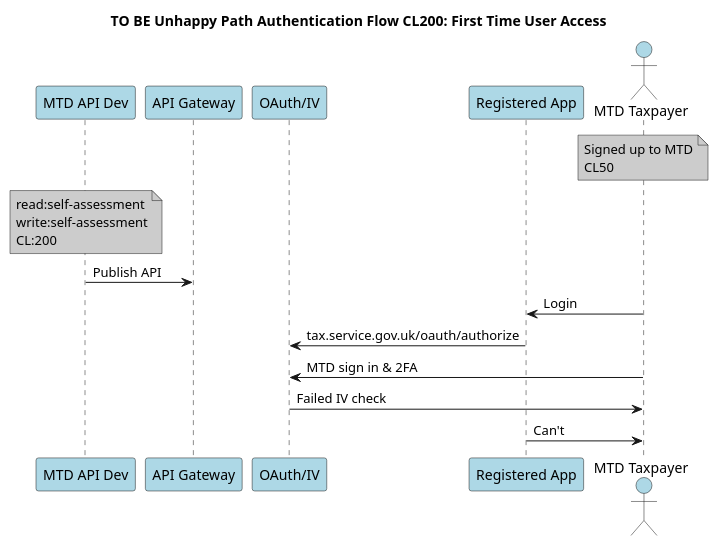
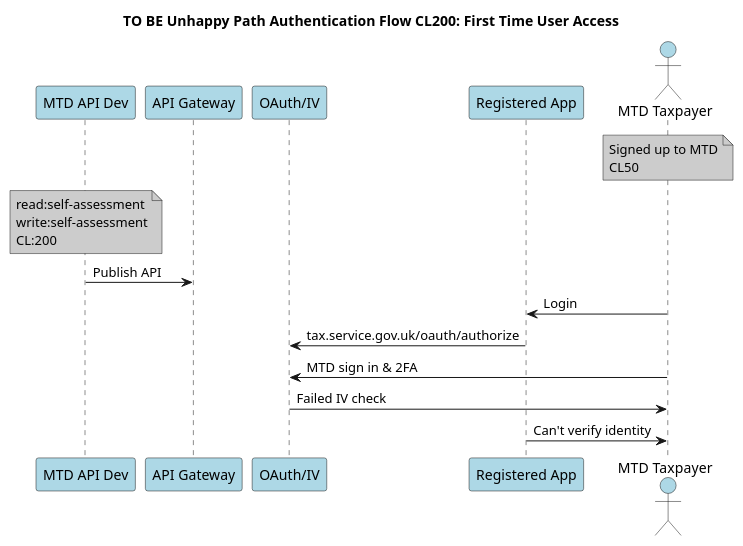
Before and after one commit to hmrc/api-architecture: the diagram in Confidence Level/CL-200-Unhappy Path.puml, drawn with PlantUML. The commit also changed 829 other files, not shown here.

```diff
--- a/Confidence Level/CL-200-Unhappy Path.puml
+++ b/Confidence Level/CL-200-Unhappy Path.puml
@@ -1,29 +1,29 @@
 @startuml
 
 title
 TO BE Unhappy Path Authentication Flow CL200: First Time User Access
 end title
 
 participant MTD as "MTD API Dev" #lightblue
 participant APIG as "API Gateway" #lightblue
 'participant IV as "Identity Verfication"
 participant OA as "OAuth/IV" #lightblue
 participant 3PV as "Registered App" #lightblue
 actor       TP  as "MTD Taxpayer" #lightblue
 note over TP #CCCCCC
 Signed up to MTD
 CL50
 end note
 note over MTD #CCCCCC
 read:self-assessment
 write:self-assessment
 CL:200
 end note
 MTD -> APIG : Publish API
 TP -> 3PV: Login
 3PV -> OA: tax.service.gov.uk/oauth/authorize
 TP -> OA: MTD sign in & 2FA
 OA -> TP: Failed IV check
-3PV -> TP: Can't
+3PV -> TP: Can't verify identity
 
 @enduml
```
